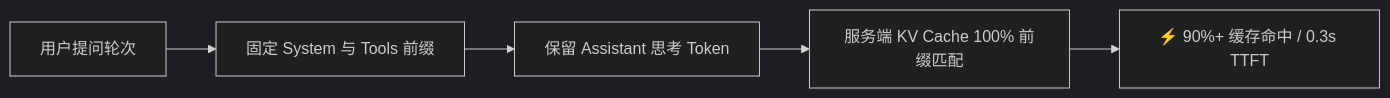
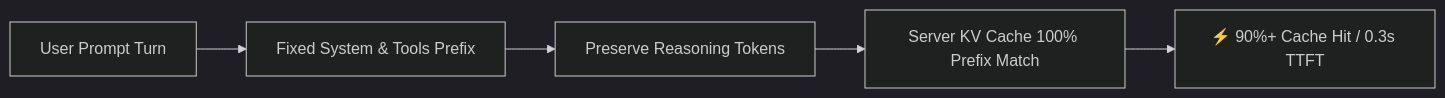
One commit to himomohi/deepseek-harness changed the diagram in README.zh.md. Above: the diagram before and after it, drawn with Mermaid (dark theme). The commit also changed other lines of this file and 15 other files, not shown here.

````diff
--- a/README.zh.md
+++ b/README.zh.md
@@ -53,7 +48,7 @@
 ```mermaid
 graph LR
-    A[用户提问轮次] --> B[固定 System 与 Tools 前缀]
-    B --> C[保留 Assistant 思考 Token]
-    C --> D[服务端 KV Cache 100% 前缀匹配]
-    D --> E[⚡ 90%+ 缓存命中 / 0.3s TTFT]
+    A[User Prompt Turn] --> B[Fixed System & Tools Prefix]
+    B --> C[Preserve Reasoning Tokens]
+    C --> D[Server KV Cache 100% Prefix Match]
+    D --> E[⚡ 90%+ Cache Hit / 0.3s TTFT]
 ```
````
